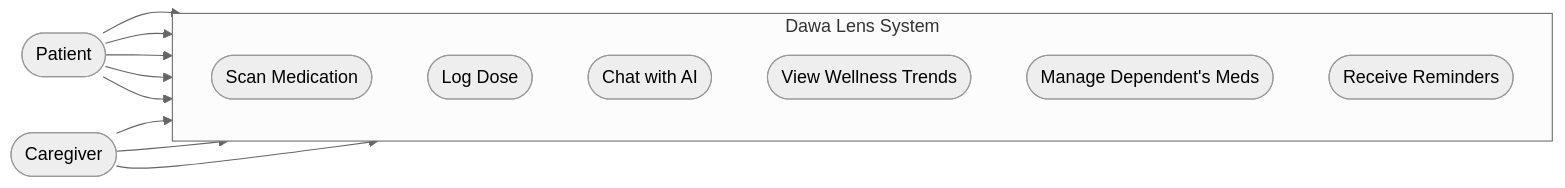
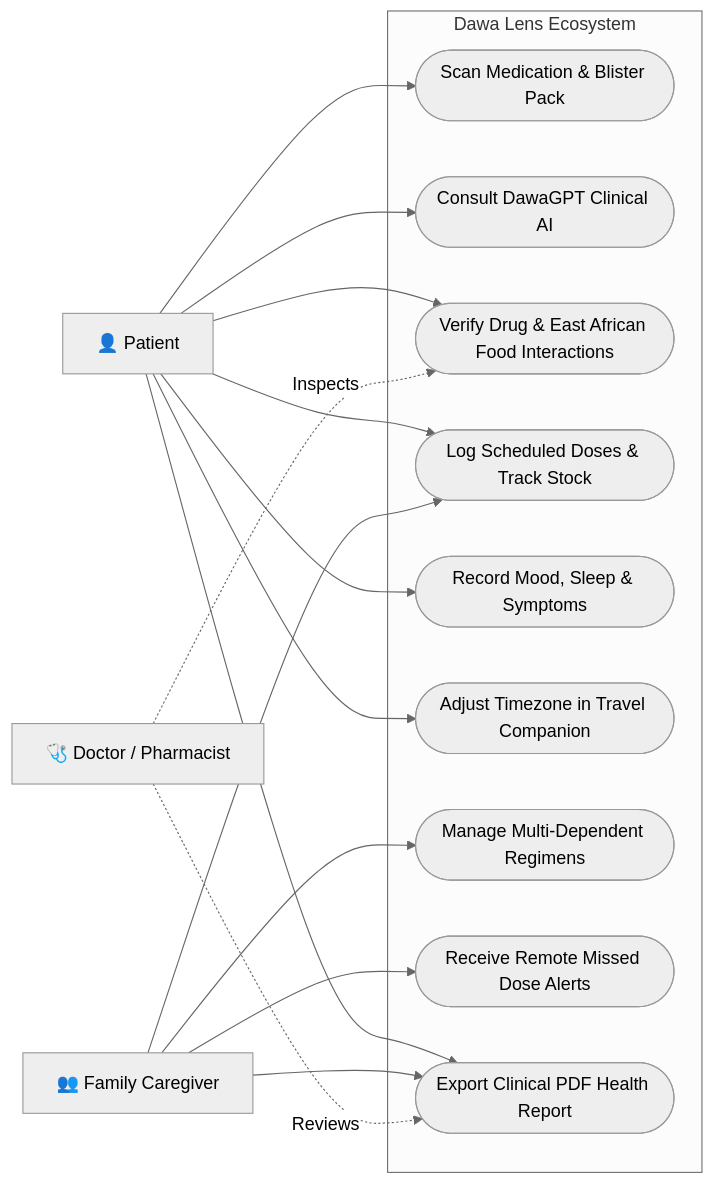
The first of 5 diagrams in project_proposal.md (EmmahOwens/dawa-lens), drawn with Mermaid (neutral theme) before and after one commit. The commit also changed other lines of this file and 8 other files, not shown here.

Commit message:
chore: update graphify manifest and cache to reflect recent project changes

````diff
--- a/project_proposal.md
+++ b/project_proposal.md
@@ -103,29 +309,39 @@
 ```mermaid
 flowchart LR
-    %% Define Actors
-    Patient([Patient])
-    Caregiver([Caregiver])
+    %% Primary Actors
+    Patient["👤 Patient"]
+    Caregiver["👥 Family Caregiver"]
+    Clinician["🩺 Doctor / Pharmacist"]
 
-    %% Define System Boundary and Use Cases
-    subgraph Dawa Lens System
-        direction TB
-        UC1([Scan Medication])
-        UC2([Log Dose])
-        UC3([Chat with AI])
-        UC4([View Wellness Trends])
-        UC5([Manage Dependent's Meds])
-        UC6([Receive Reminders])
+    %% System Boundary
+    subgraph DawaLensSystem ["Dawa Lens Ecosystem"]
+        UC1(["Scan Medication & Blister Pack"])
+        UC2(["Consult DawaGPT Clinical AI"])
+        UC3(["Verify Drug & East African Food Interactions"])
+        UC4(["Log Scheduled Doses & Track Stock"])
+        UC5(["Record Mood, Sleep & Symptoms"])
+        UC6(["Adjust Timezone in Travel Companion"])
+        UC7(["Manage Multi-Dependent Regimens"])
+        UC8(["Receive Remote Missed Dose Alerts"])
+        UC9(["Export Clinical PDF Health Report"])
     end
 
-    %% Patient Relationships
+    %% Patient Associations
     Patient --> UC1
     Patient --> UC2
     Patient --> UC3
     Patient --> UC4
+    Patient --> UC5
     Patient --> UC6
+    Patient --> UC9
 
-    %% Caregiver Relationships
-    Caregiver --> UC5
+    %% Caregiver Associations
+    Caregiver --> UC7
+    Caregiver --> UC8
     Caregiver --> UC4
-    Caregiver --> UC6
+    Caregiver --> UC9
+
+    %% Clinician Associations
+    Clinician -.->|Reviews| UC9
+    Clinician -.->|Inspects| UC3
 ```
````
